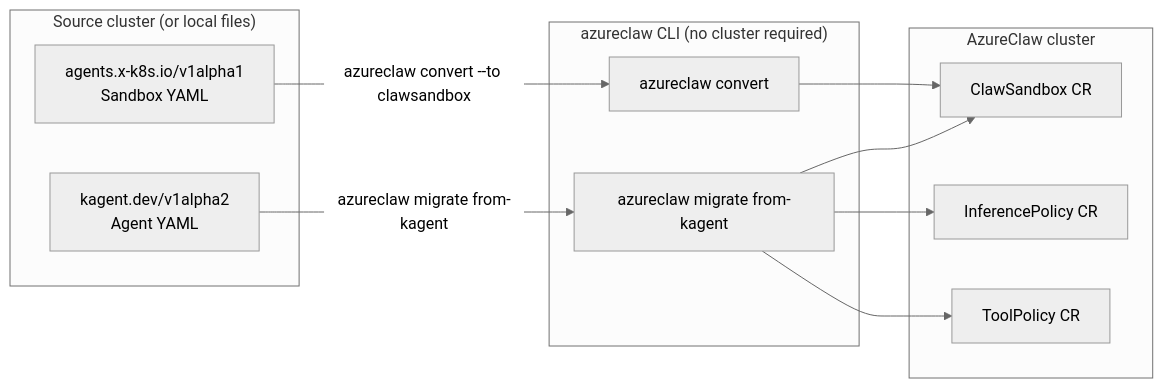
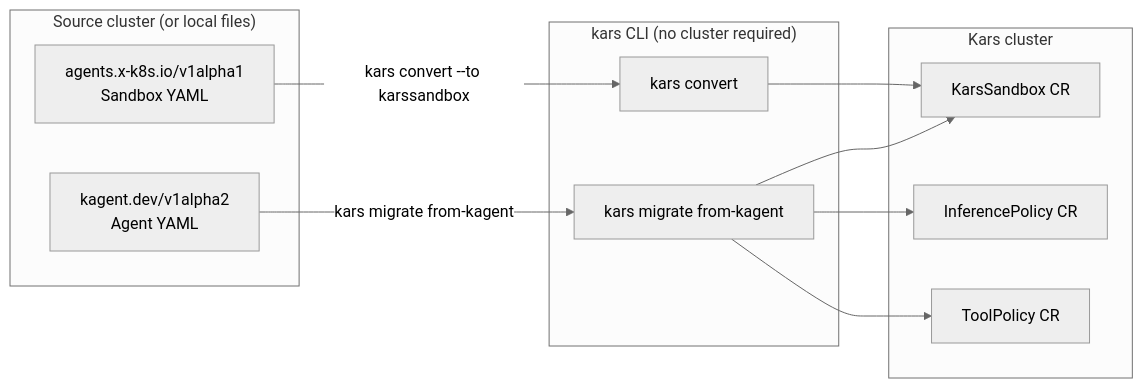
One commit to lachie83/kars changed the sixth of 6 diagrams in docs/use-cases.md. Above: the diagram before and after it, drawn with Mermaid (neutral theme). The commit also changed other lines of this file and 694 other files, not shown here.

````diff
--- a/docs/use-cases.md
+++ b/docs/use-cases.md
@@ -746,23 +746,23 @@
 ```mermaid
 graph LR
     subgraph Source["Source cluster (or local files)"]
         KA["kagent.dev/v1alpha2<br/>Agent YAML"]
         SS["agents.x-k8s.io/v1alpha1<br/>Sandbox YAML"]
     end
-    subgraph CLI["azureclaw CLI (no cluster required)"]
-        MIGRATE["azureclaw migrate from-kagent"]
-        CONVERT["azureclaw convert"]
+    subgraph CLI["kars CLI (no cluster required)"]
+        MIGRATE["kars migrate from-kagent"]
+        CONVERT["kars convert"]
     end
-    subgraph Target["AzureClaw cluster"]
-        CS["ClawSandbox CR"]
+    subgraph Target["Kars cluster"]
+        CS["KarsSandbox CR"]
         IP["InferencePolicy CR"]
         TP["ToolPolicy CR"]
     end
 
-    KA -->|"azureclaw migrate from-kagent"| MIGRATE
-    SS -->|"azureclaw convert --to clawsandbox"| CONVERT
+    KA -->|"kars migrate from-kagent"| MIGRATE
+    SS -->|"kars convert --to karssandbox"| CONVERT
     MIGRATE --> CS
     MIGRATE --> IP
     MIGRATE --> TP
     CONVERT --> CS
 ```
````
